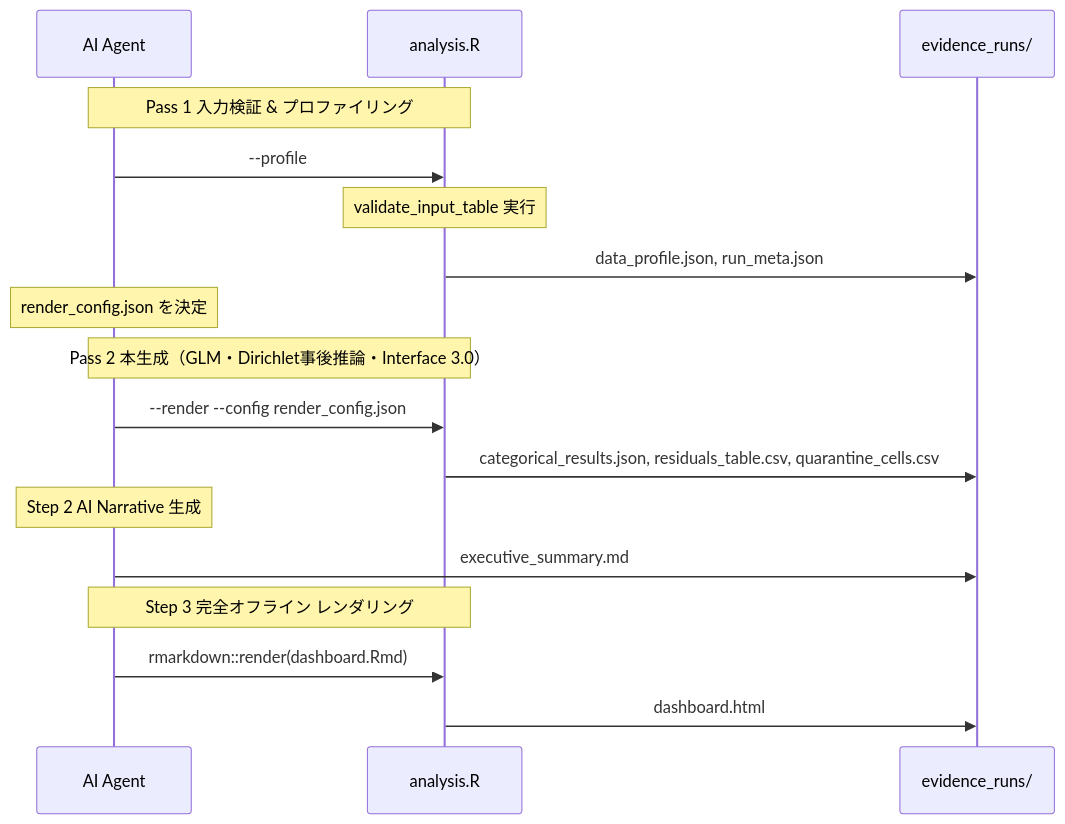
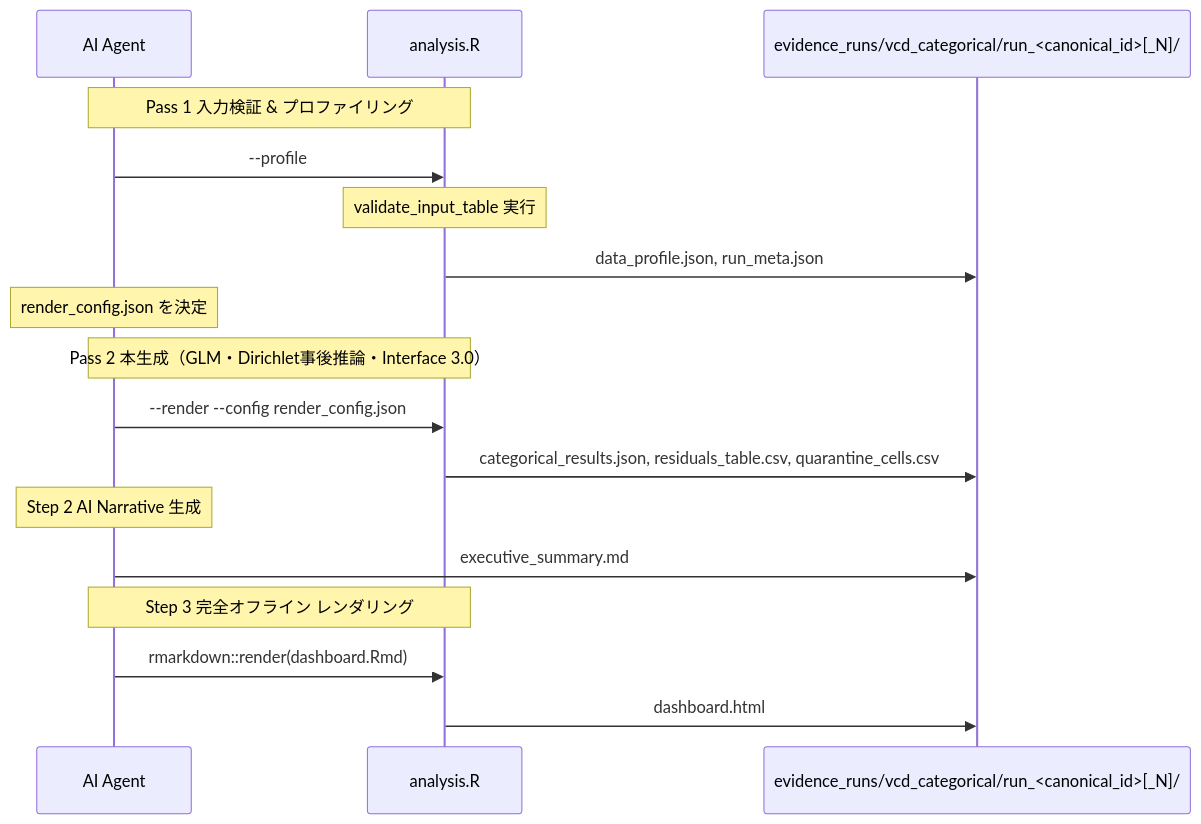
One commit to syrius2000/agentic-evidence-analysis changed the second of 2 diagrams in .agents/skills/vcd-categorical-analysis/references/workflow.md. Above: the diagram before and after it, drawn with Mermaid. The commit also changed 92 other files, not shown here.

Commit message:
feat: standardize evidence run output contract

````diff
--- a/.agents/skills/vcd-categorical-analysis/references/workflow.md
+++ b/.agents/skills/vcd-categorical-analysis/references/workflow.md
@@ -33,23 +33,23 @@
 ```mermaid
 sequenceDiagram
     participant AI as AI Agent
     participant R as analysis.R
-    participant Out as evidence_runs/
+    participant Out as evidence_runs/vcd_categorical/run_<canonical_id>[_N]/
 
     Note over AI,R: Pass 1 入力検証 & プロファイリング
     AI->>R: --profile
     Note over R: validate_input_table 実行
     R->>Out: data_profile.json, run_meta.json
 
     Note over AI: render_config.json を決定
     Note over AI,R: Pass 2 本生成（GLM・Dirichlet事後推論・Interface 3.0）
     AI->>R: --render --config render_config.json
     R->>Out: categorical_results.json, residuals_table.csv, quarantine_cells.csv
 
     Note over AI: Step 2 AI Narrative 生成
     AI->>Out: executive_summary.md
 
     Note over AI,R: Step 3 完全オフライン レンダリング
     AI->>R: rmarkdown::render(dashboard.Rmd)
     R->>Out: dashboard.html
 ```
````
